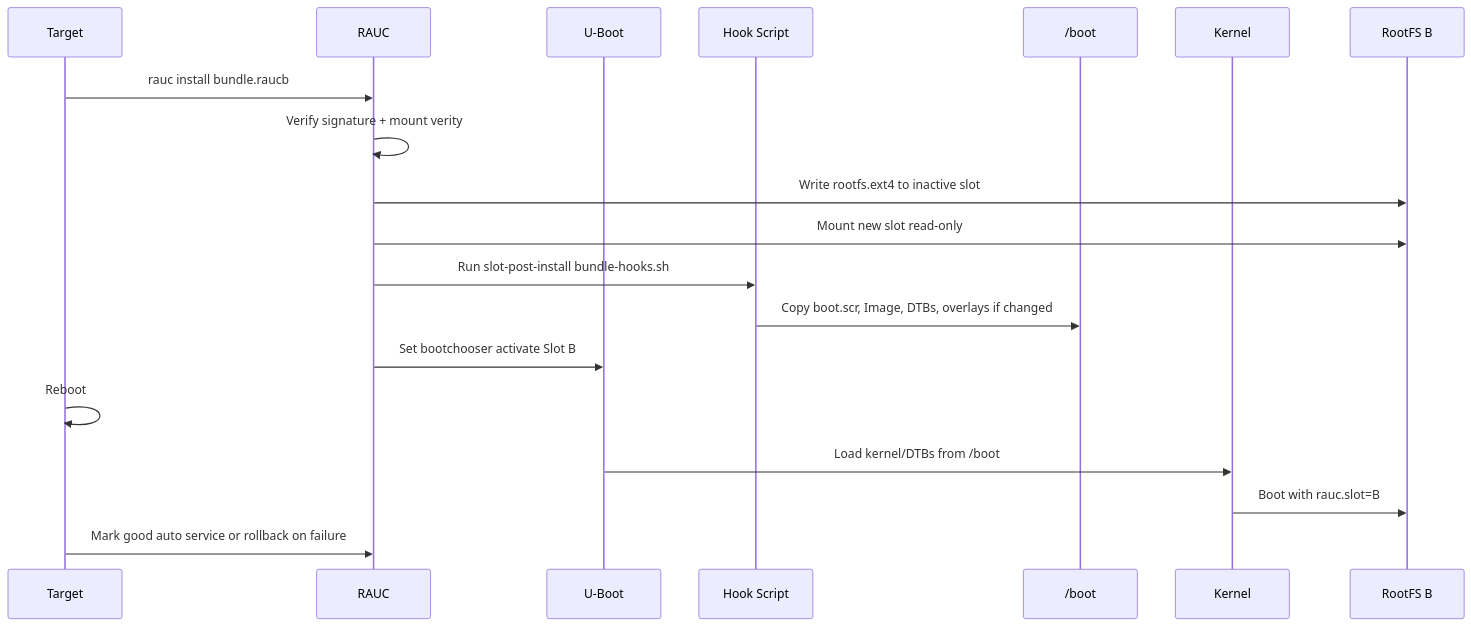
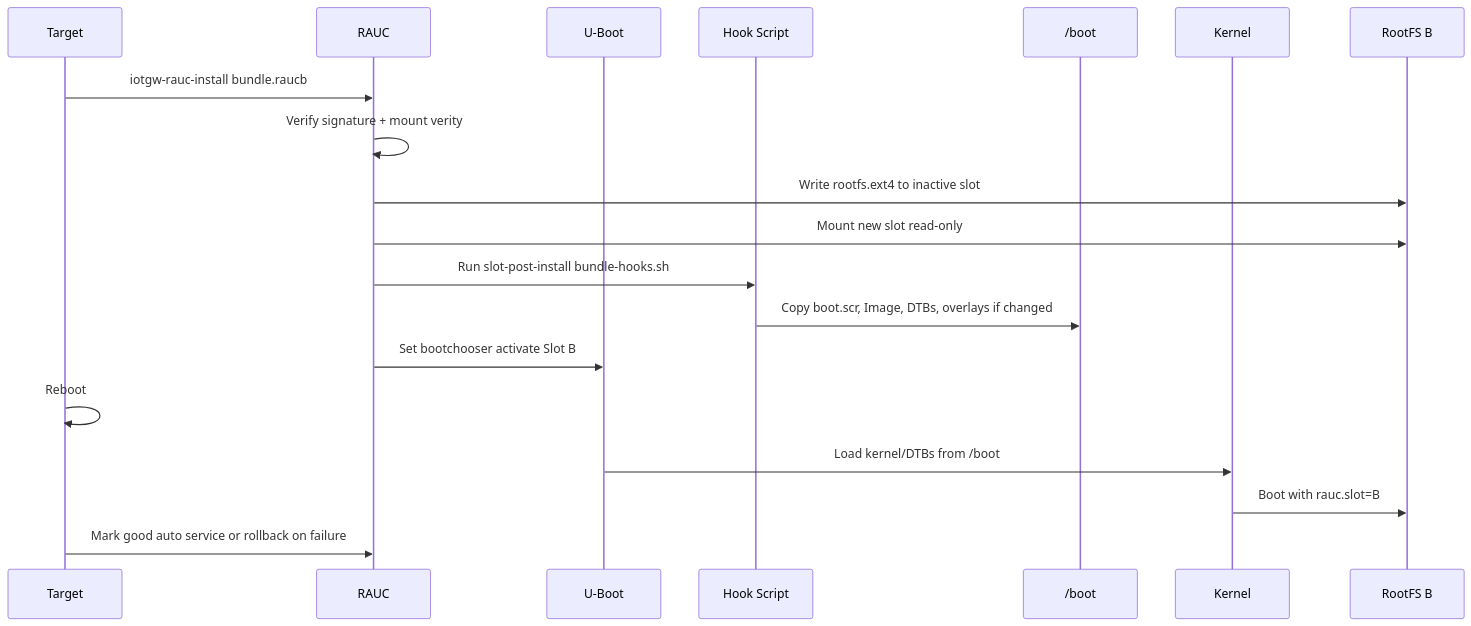
Before and after one commit to umair-as/rpi5-iot-gateway: the second of 2 diagrams in OTA_UPDATE.md, drawn with Mermaid. The commit also changed other lines of this file and 29 other files, not shown here.

````diff
--- a/OTA_UPDATE.md
+++ b/OTA_UPDATE.md
@@ -69,22 +69,22 @@
 ```mermaid
 sequenceDiagram
     participant T as Target
     participant R as RAUC
     participant U as U-Boot
     participant Hook as Hook Script
     participant Boot as /boot
     participant Kernel as Kernel
     participant RootfsB as RootFS B
 
-    T->>R: rauc install bundle.raucb
+    T->>R: iotgw-rauc-install bundle.raucb
     R->>R: Verify signature + mount verity
     R->>RootfsB: Write rootfs.ext4 to inactive slot
     R->>RootfsB: Mount new slot read-only
     R->>Hook: Run slot-post-install bundle-hooks.sh
     Hook->>Boot: Copy boot.scr, Image, DTBs, overlays if changed
     R->>U: Set bootchooser activate Slot B
     T->>T: Reboot
     U->>Kernel: Load kernel/DTBs from /boot
     Kernel->>RootfsB: Boot with rauc.slot=B
     T->>R: Mark good auto service or rollback on failure
 ```
````
